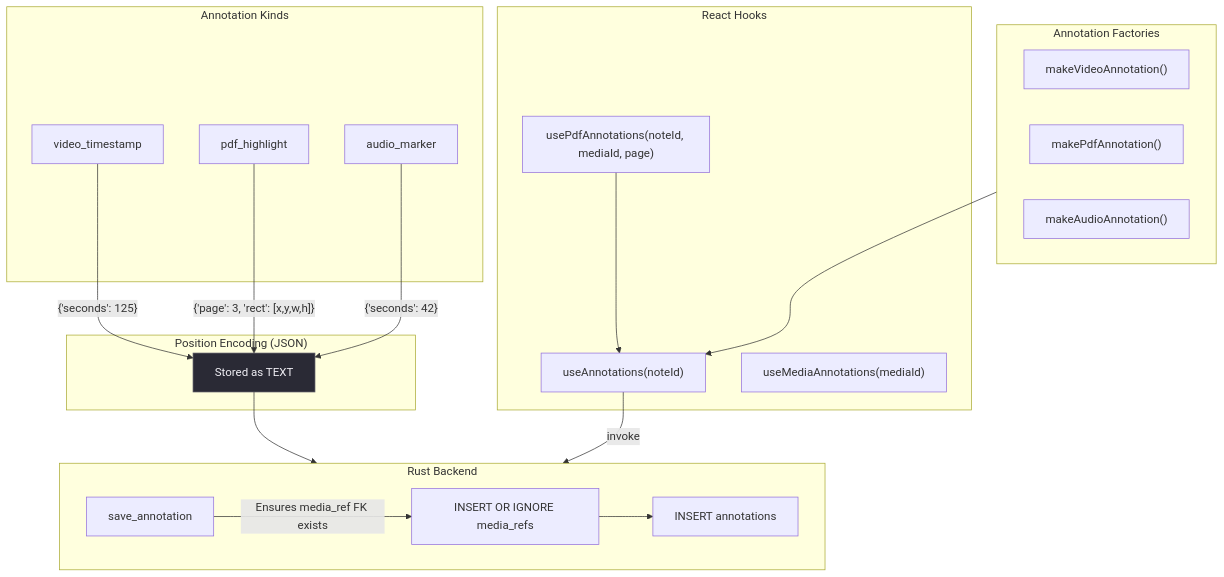
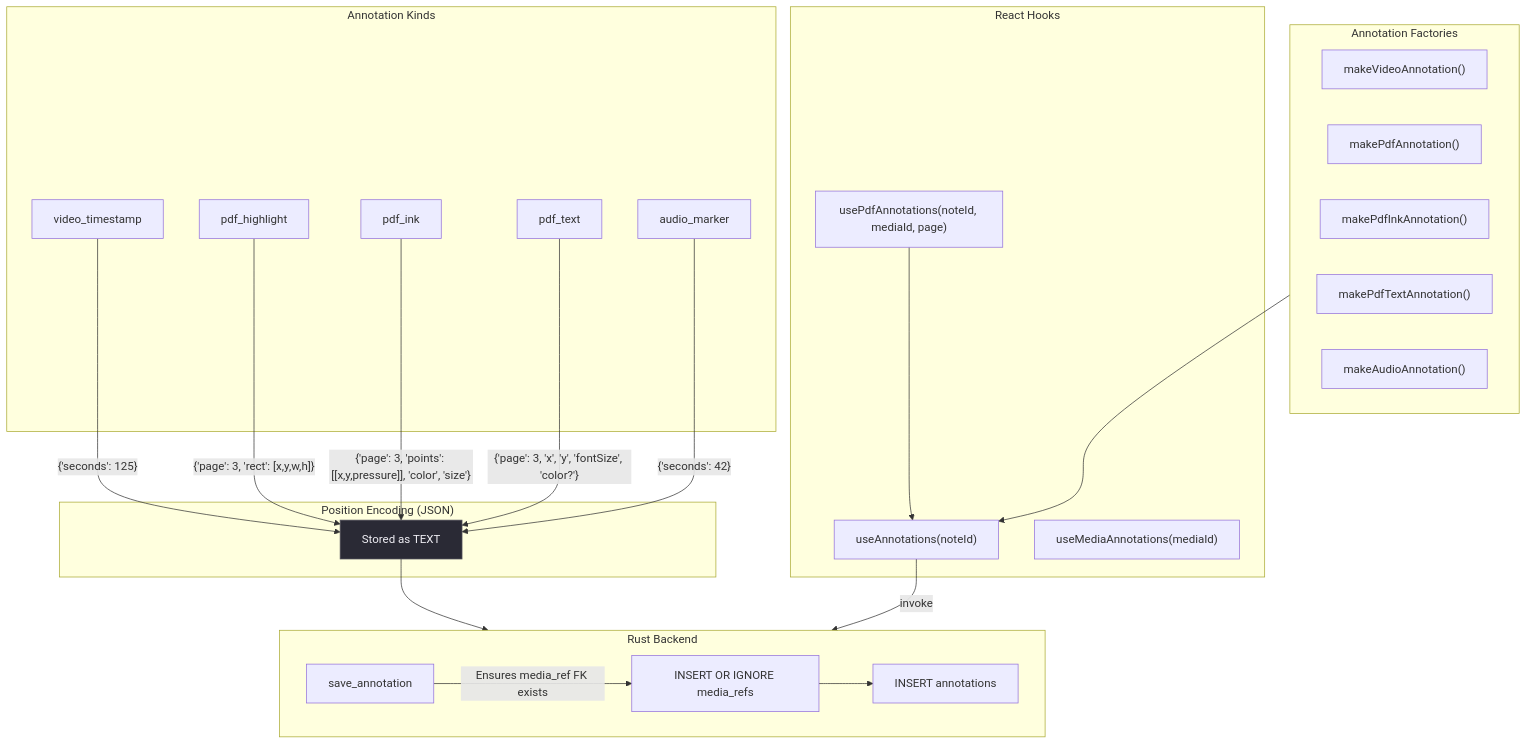
Before and after one commit to rgbRavi/Jnana---A-Second-brain: the eighth of 11 diagrams in architecture_deep_dive.md, drawn with Mermaid. The commit also changed other lines of this file and 34 other files, not shown here.

````diff
--- a/architecture_deep_dive.md
+++ b/architecture_deep_dive.md
@@ -503,39 +503,45 @@
 ```mermaid
 flowchart TD
     subgraph Kinds["Annotation Kinds"]
         VT["video_timestamp"]
         PH["pdf_highlight"]
+        PI["pdf_ink"]
+        PT["pdf_text"]
         AM["audio_marker"]
     end
     
     subgraph Position["Position Encoding (JSON)"]
         VT -->|"{'seconds': 125}"| PosJSON["Stored as TEXT"]
         PH -->|"{'page': 3, 'rect': [x,y,w,h]}"| PosJSON
+        PI -->|"{'page': 3, 'points': [[x,y,pressure]], 'color', 'size'}"| PosJSON
+        PT -->|"{'page': 3, 'x', 'y', 'fontSize', 'color?'}"| PosJSON
         AM -->|"{'seconds': 42}" | PosJSON
     end
     
     subgraph Hooks2["React Hooks"]
         UANote["useAnnotations(noteId)"]
         UAMedia["useMediaAnnotations(mediaId)"]
         UAPdf["usePdfAnnotations(noteId, mediaId, page)"]
         UAPdf --> UANote
     end
     
     subgraph Writers["Annotation Factories"]
         MakeVideo["makeVideoAnnotation()"]
         MakePdf["makePdfAnnotation()"]
+        MakePdfInk["makePdfInkAnnotation()"]
+        MakePdfText["makePdfTextAnnotation()"]
         MakeAudio["makeAudioAnnotation()"]
     end
     
     subgraph Backend2["Rust Backend"]
         SaveAnno["save_annotation"]
         SaveAnno -->|"Ensures media_ref FK exists"| MediaRefGuard["INSERT OR IGNORE media_refs"]
         MediaRefGuard --> InsertAnno["INSERT annotations"]
     end
     
     PosJSON --> Backend2
     Writers --> UANote
     UANote -->|"invoke"| Backend2
     
     style PosJSON fill:#2a2a35,stroke:#55535f,color:#f0eff5
 ```
````
